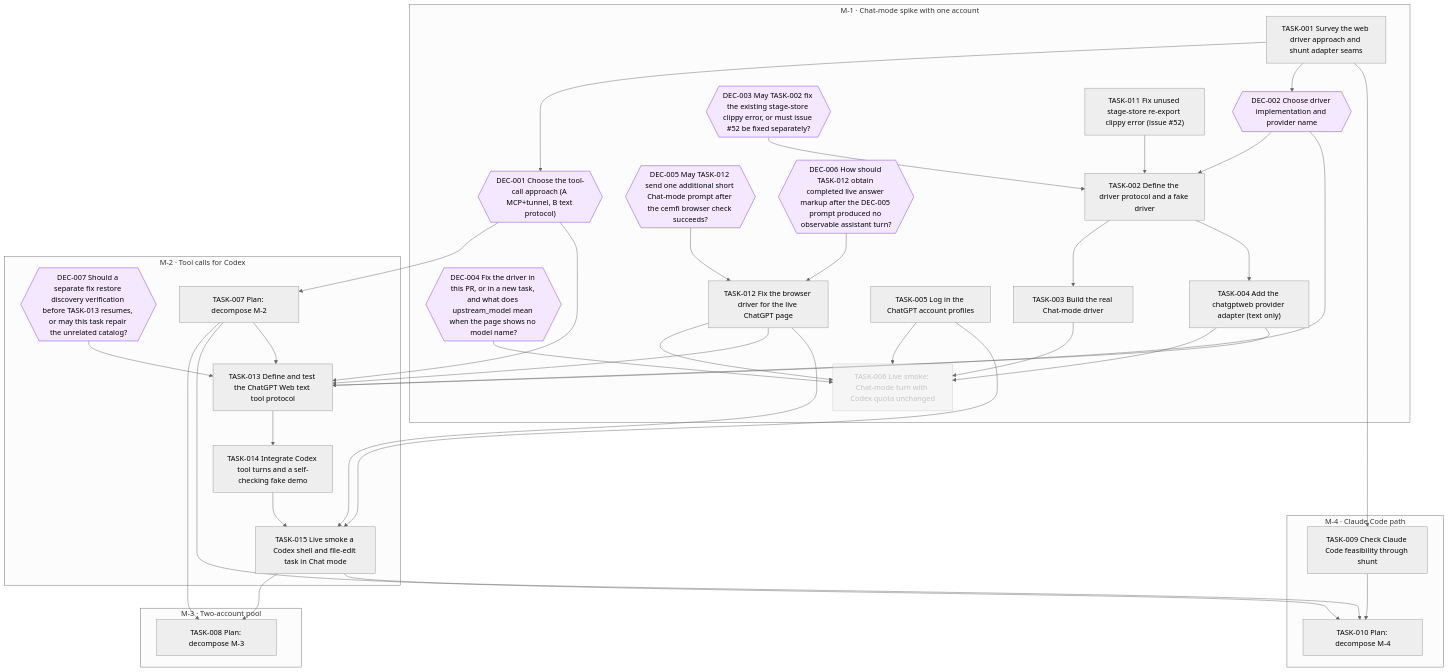
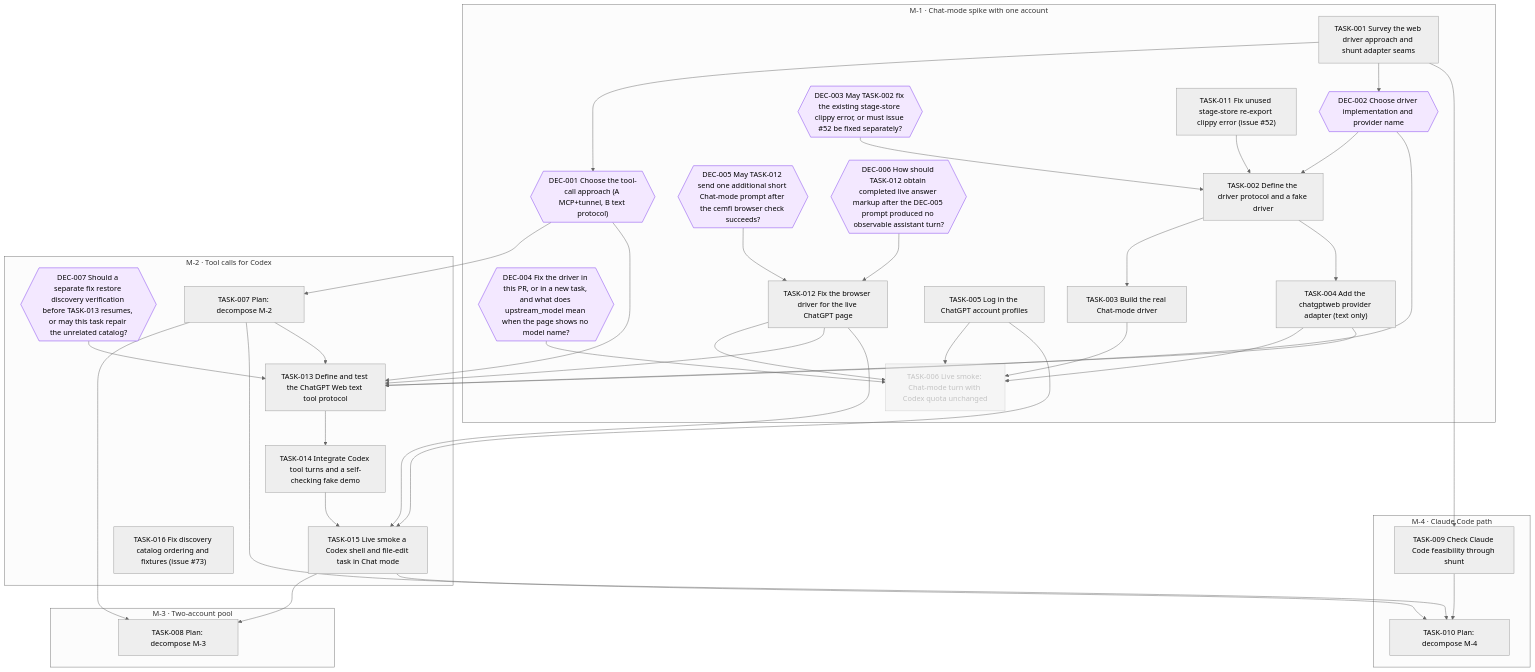
The diagram in goals/chatgptweb-provider/README.md (jesusvillota/shunt), drawn with Mermaid (neutral theme) before and after one commit. The commit also changed 1 other file, not shown here.

Commit message:
goal(chatgptweb-provider): add TASK-016 Fix discovery catalog ordering and fixtures (issue #73)

````diff
--- a/goals/chatgptweb-provider/README.md
+++ b/goals/chatgptweb-provider/README.md
@@ -132,75 +132,76 @@
 ```mermaid
 flowchart TD
   subgraph M_1["M-1 · Chat-mode spike with one account"]
     DEC_001{{"DEC-001 Choose the tool-call approach (A MCP+tunnel, B text protocol)"}}
     DEC_002{{"DEC-002 Choose driver implementation and provider name"}}
     DEC_003{{"DEC-003 May TASK-002 fix the existing stage-store clippy error, or must issue #52 be fixed separately?"}}
     DEC_004{{"DEC-004 Fix the driver in this PR, or in a new task, and what does upstream_model mean when the page shows no model name?"}}
     DEC_005{{"DEC-005 May TASK-012 send one additional short Chat-mode prompt after the cemfi browser check succeeds?"}}
     DEC_006{{"DEC-006 How should TASK-012 obtain completed live answer markup after the DEC-005 prompt produced no observable assistant turn?"}}
     TASK_001["TASK-001 Survey the web driver approach and shunt adapter seams"]
     TASK_002["TASK-002 Define the driver protocol and a fake driver"]
     TASK_003["TASK-003 Build the real Chat-mode driver"]
     TASK_004["TASK-004 Add the chatgptweb provider adapter (text only)"]
     TASK_005["TASK-005 Log in the ChatGPT account profiles"]
     TASK_006["TASK-006 Live smoke: Chat-mode turn with Codex quota unchanged"]
     TASK_011["TASK-011 Fix unused stage-store re-export clippy error (issue #52)"]
     TASK_012["TASK-012 Fix the browser driver for the live ChatGPT page"]
   end
   subgraph M_2["M-2 · Tool calls for Codex"]
     DEC_007{{"DEC-007 Should a separate fix restore discovery verification before TASK-013 resumes, or may this task repair the unrelated catalog?"}}
     TASK_007["TASK-007 Plan: decompose M-2"]
     TASK_013["TASK-013 Define and test the ChatGPT Web text tool protocol"]
     TASK_014["TASK-014 Integrate Codex tool turns and a self-checking fake demo"]
     TASK_015["TASK-015 Live smoke a Codex shell and file-edit task in Chat mode"]
+    TASK_016["TASK-016 Fix discovery catalog ordering and fixtures (issue #73)"]
   end
   subgraph M_3["M-3 · Two-account pool"]
     TASK_008["TASK-008 Plan: decompose M-3"]
   end
   subgraph M_4["M-4 · Claude Code path"]
     TASK_009["TASK-009 Check Claude Code feasibility through shunt"]
     TASK_010["TASK-010 Plan: decompose M-4"]
   end
   TASK_001 --> DEC_001
   TASK_001 --> DEC_002
   DEC_002 --> TASK_002
   DEC_003 --> TASK_002
   TASK_011 --> TASK_002
   TASK_002 --> TASK_003
   TASK_002 --> TASK_004
   TASK_003 --> TASK_006
   TASK_004 --> TASK_006
   TASK_005 --> TASK_006
   DEC_004 --> TASK_006
   TASK_012 --> TASK_006
   DEC_001 --> TASK_007
   TASK_007 --> TASK_008
   TASK_015 --> TASK_008
   TASK_001 --> TASK_009
   TASK_007 --> TASK_010
   TASK_009 --> TASK_010
   TASK_015 --> TASK_010
   DEC_005 --> TASK_012
   DEC_006 --> TASK_012
   TASK_007 --> TASK_013
   TASK_004 --> TASK_013
   TASK_012 --> TASK_013
   DEC_001 --> TASK_013
   DEC_002 --> TASK_013
   DEC_007 --> TASK_013
   TASK_013 --> TASK_014
   TASK_014 --> TASK_015
   TASK_005 --> TASK_015
   TASK_012 --> TASK_015
   classDef draft stroke-dasharray: 4 3
   classDef cancelled opacity:0.45
   classDef decision fill:#f3e8ff,stroke:#7c3aed
   class TASK_006 cancelled
   class DEC_001 decision
   class DEC_002 decision
   class DEC_003 decision
   class DEC_004 decision
   class DEC_005 decision
   class DEC_006 decision
   class DEC_007 decision
 ```
````
